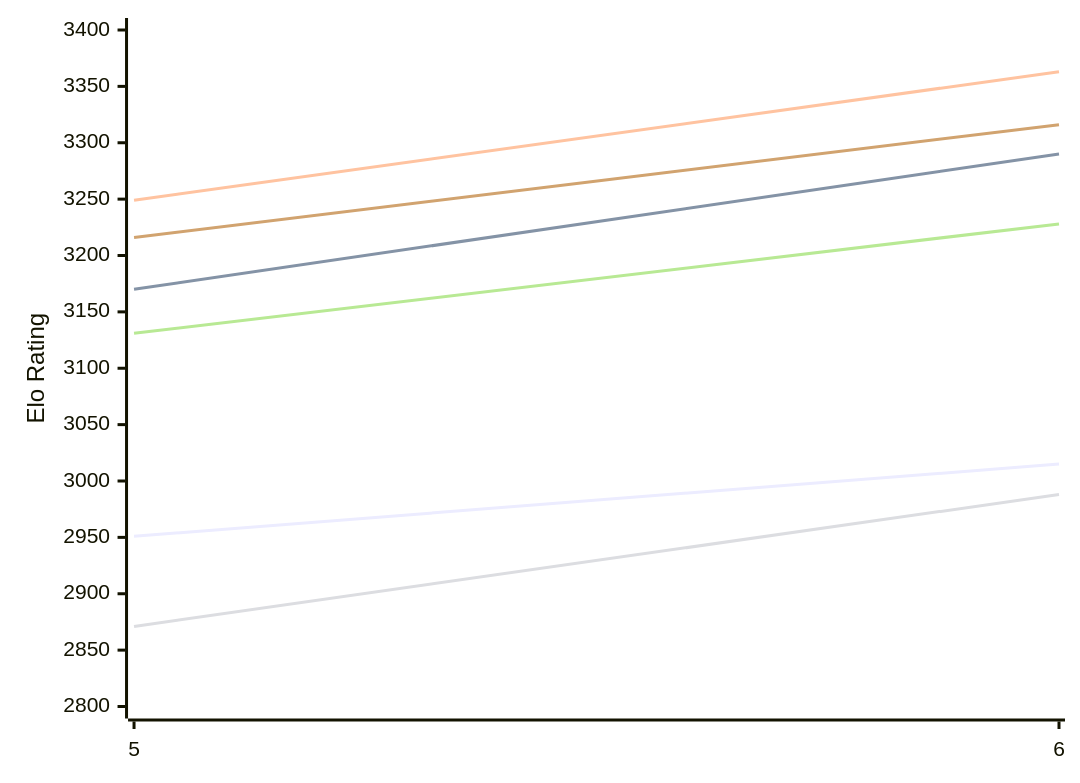
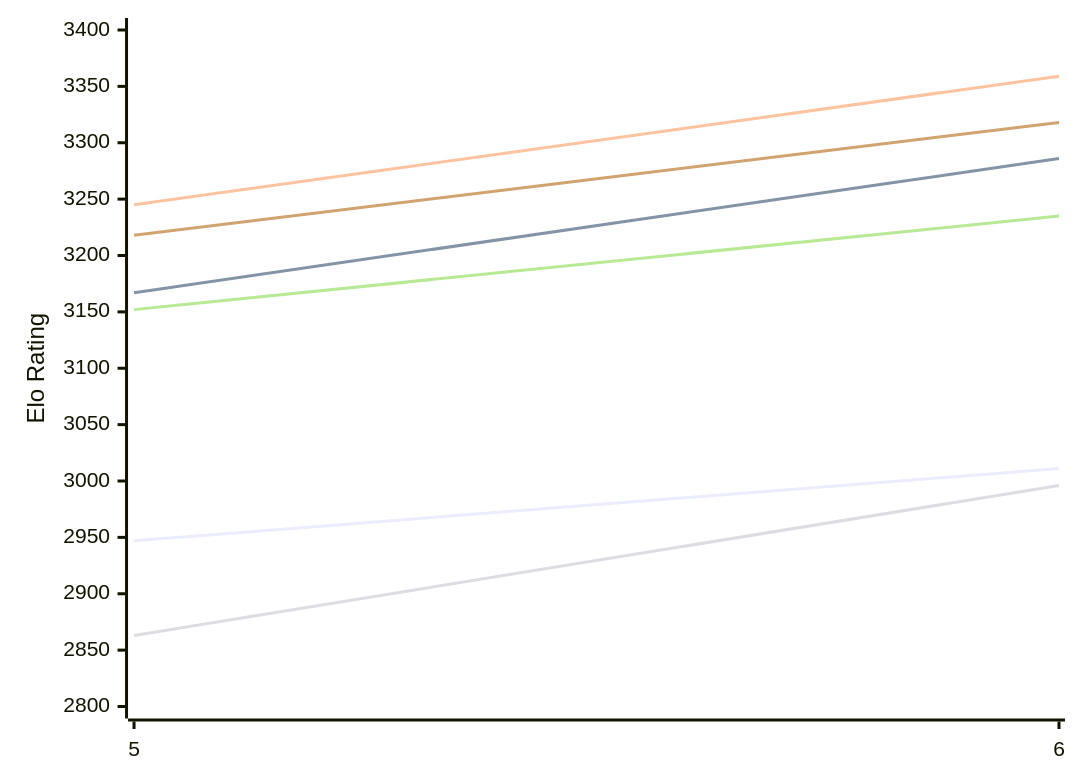
The first of 2 diagrams in engines/Cwtch.md (computer-chess-index/cci), drawn with Mermaid before and after one commit. The commit also changed other lines of this file, not shown here.

Commit message:
Update CCI Ratings (ELO VLTC) - 2026-11-21

````diff
--- a/engines/Cwtch.md
+++ b/engines/Cwtch.md
@@ -51,12 +51,12 @@
 ```mermaid
 %%{init: {"theme":"base","themeVariables":{"seriesColors:['#a3a3a3','#222221','#faa371']}}}%%
 xychart-beta
   x-axis ["5", "6"]
   y-axis "Elo Rating" 2800 --> 3400
-  line "E1: STC (8.0+0.08s)" [2951, 3015]
-  line "E1: LTC (60.0+0.60s)" [3170, 3290]
-  line "E1: VLTC (2m24s+1.12s)" [3249, 3363]
-  line "P1: STC (8.0+0.08s)" [2871, 2988]
-  line "P1: LTC (60.0+0.60s)" [3131, 3228]
-  line "P1: VLTC (2m24s+1.12s)" [3216, 3316]
+  line "E1: STC (8.0+0.08s)" [2947, 3011]
+  line "E1: LTC (60.0+0.60s)" [3167, 3286]
+  line "E1: VLTC (2m24s+1.12s)" [3245, 3359]
+  line "P1: STC (8.0+0.08s)" [2863, 2996]
+  line "P1: LTC (60.0+0.60s)" [3152, 3235]
+  line "P1: VLTC (2m24s+1.12s)" [3218, 3318]
 ```
````
